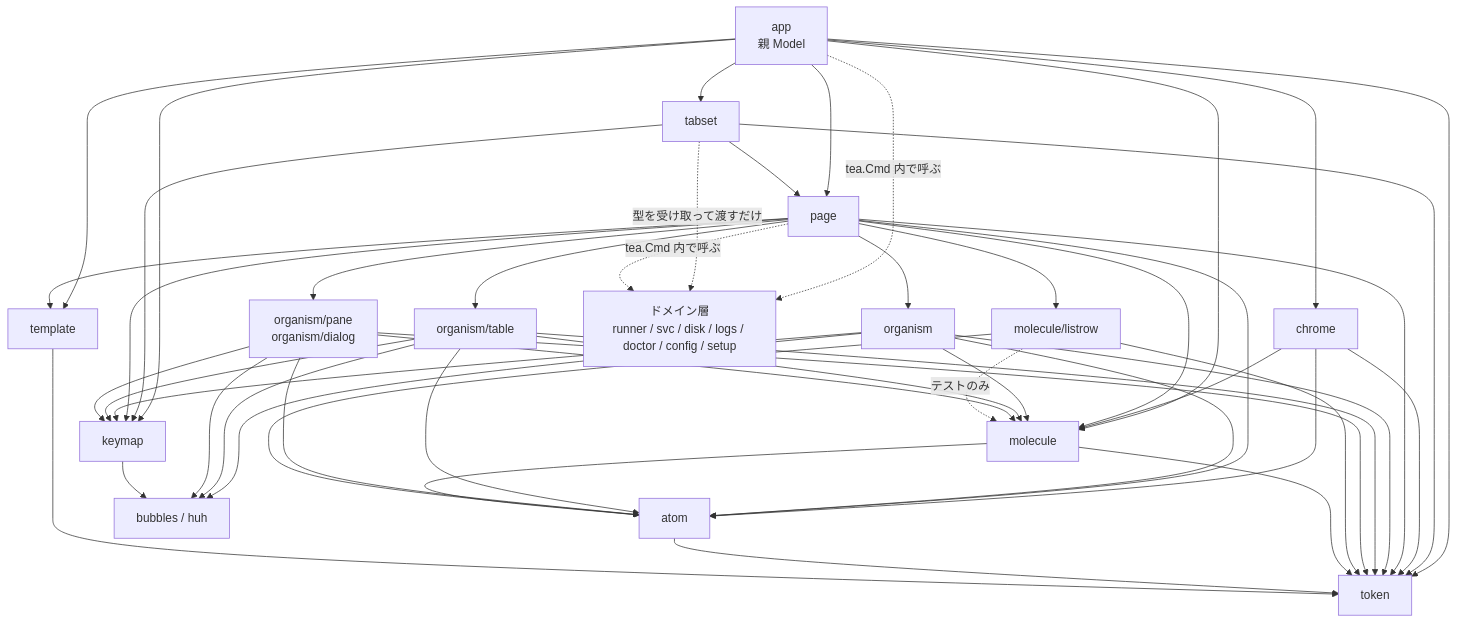
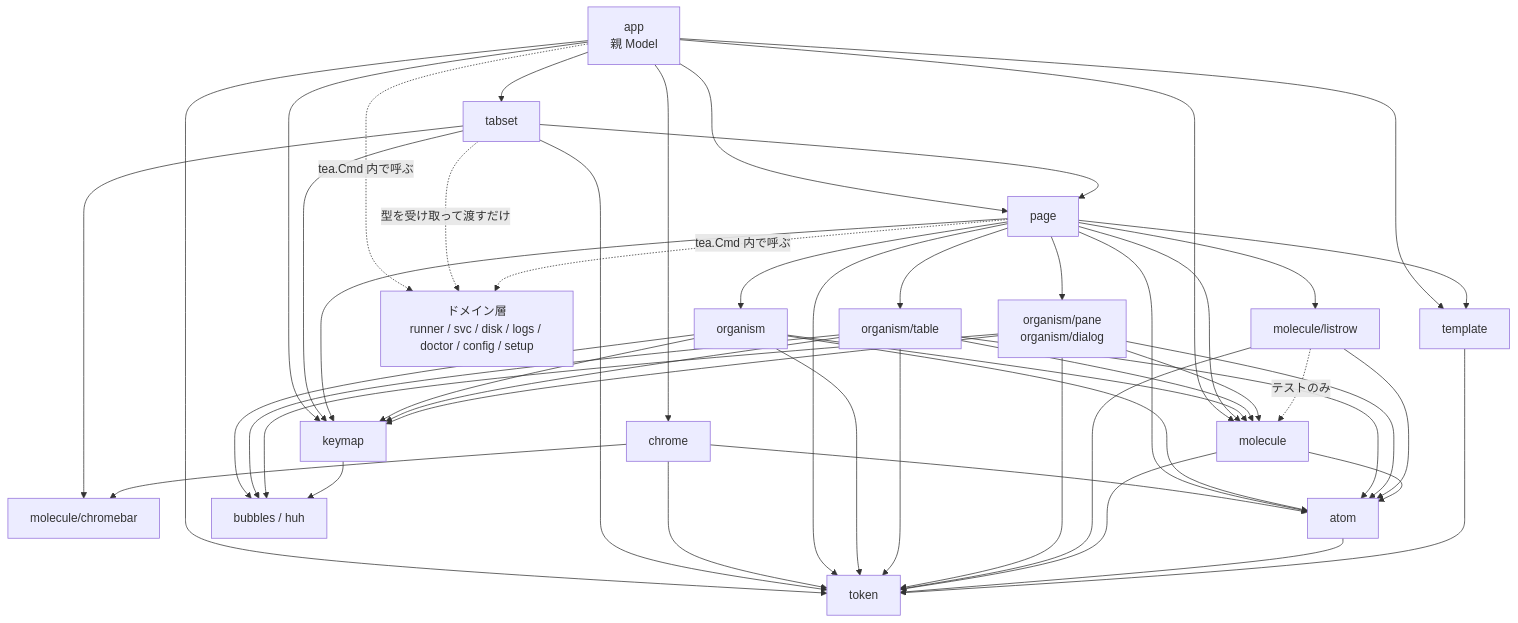
One commit to ousiassllc/gsr-helper changed the second of 2 diagrams in docs/ui/atomic-design.md. Above: the diagram before and after it, drawn with Mermaid. The commit also changed other lines of this file and 20 other files, not shown here.

Commit message:
refactor: 共通レイアウトの帯を molecule/chromebar へ分ける (#106)

````diff
--- a/docs/ui/atomic-design.md
+++ b/docs/ui/atomic-design.md
@@ -110,68 +111,70 @@
 ```mermaid
 graph TD
     App[app<br/>親 Model]
     Tabs[tabset]
     Chrome[chrome]
     Page[page]
     Tmpl[template]
     Org[organism]
     OrgT[organism/table]
     OrgP[organism/pane<br/>organism/dialog]
     Mol[molecule]
     Row[molecule/listrow]
+    CBar[molecule/chromebar]
     Atom[atom]
     Tok[token]
     Key[keymap]
 
     Domain[ドメイン層<br/>runner / svc / disk / logs / doctor / config / setup]
     Bub[bubbles / huh]
 
     App --> Tabs
     App --> Chrome
     App --> Page
     App --> Tmpl
     App --> Key
     App --> Mol
     App --> Tok
     App -.->|tea.Cmd 内で呼ぶ| Domain
     Tabs --> Page
+    Tabs --> CBar
     Tabs --> Key
     Tabs --> Tok
     Tabs -.->|型を受け取って渡すだけ| Domain
-    Chrome --> Mol
+    Chrome --> CBar
     Chrome --> Atom
     Chrome --> Tok
     Page --> Tmpl
     Page --> Org
     Page --> OrgT
     Page --> OrgP
     Page --> Row
     Page --> Mol
     Page --> Key
     Page --> Atom
     Page --> Tok
     Page -.->|tea.Cmd 内で呼ぶ| Domain
     Org --> Mol
     Org --> Atom
     Org --> Bub
     Org --> Key
     Org --> Tok
     OrgT --> Mol
     OrgT --> Atom
     OrgT --> Bub
     OrgT --> Key
     OrgT --> Tok
     OrgP --> Bub
     OrgP --> Key
     OrgP --> Tok
     OrgP --> Mol
     OrgP --> Atom
     Row --> Atom
     Row --> Tok
     Row -.->|テストのみ| Mol
     Mol --> Atom
     Mol --> Tok
     Atom --> Tok
     Tmpl --> Tok
     Key --> Bub
 ```
````
